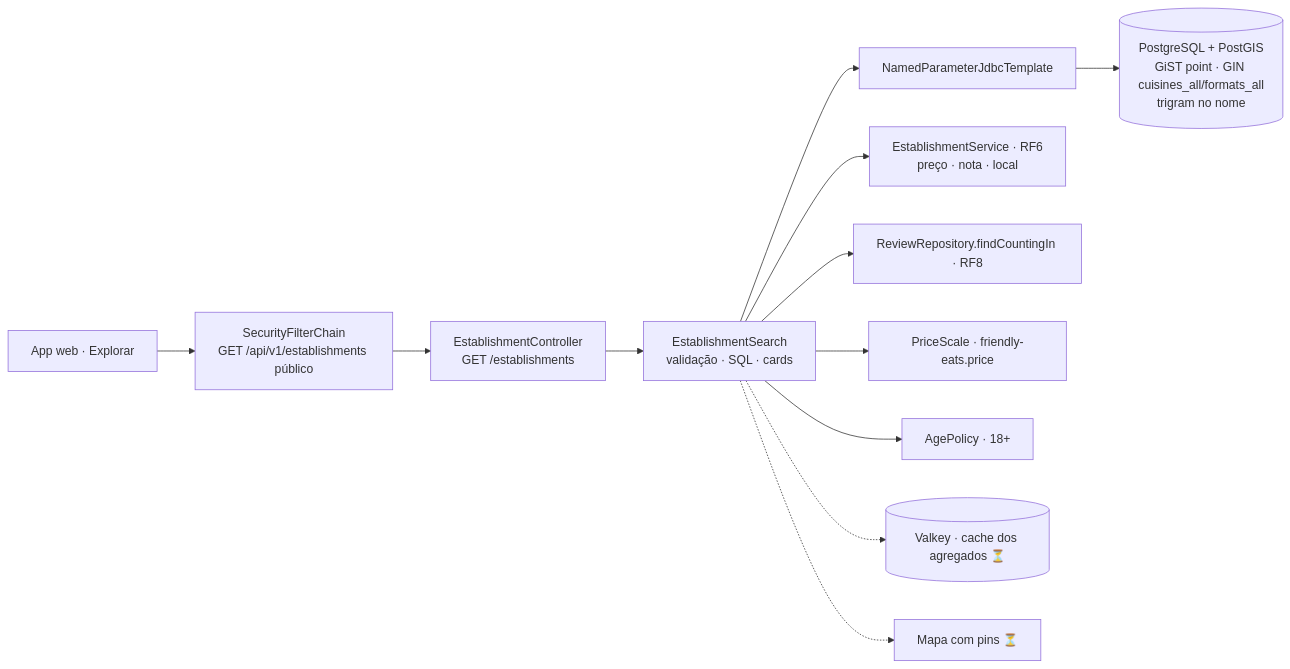
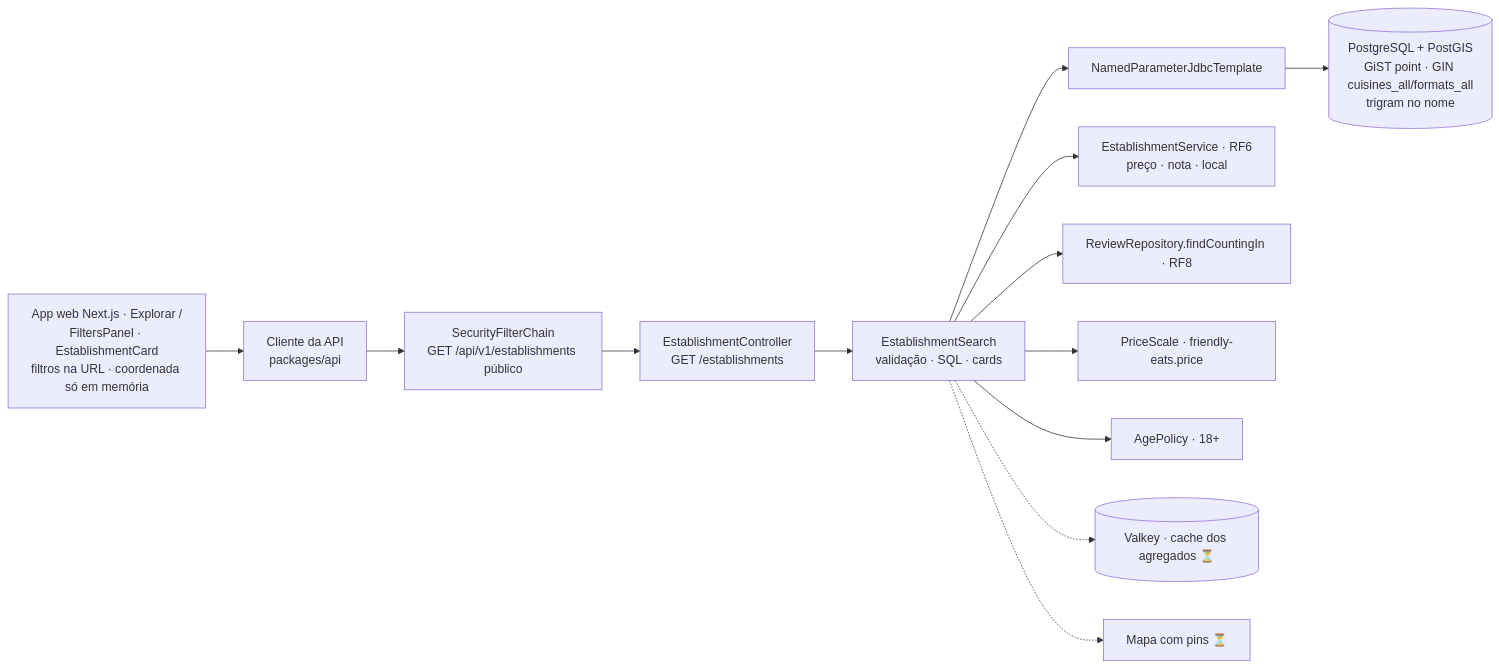
Before and after one commit to MatheusHaliski/Friendly-Eats: the diagram in docs/RF10/componentes.md, drawn with Mermaid. The commit also changed 127 other files, not shown here.

````diff
--- a/docs/RF10/componentes.md
+++ b/docs/RF10/componentes.md
@@ -3,14 +3,14 @@
 ```mermaid
 flowchart LR
-    APP["App web · Explorar"] --> SEC["SecurityFilterChain<br/>GET /api/v1/establishments público"]
+    WEB["App web Next.js · Explorar /<br/>FiltersPanel · EstablishmentCard<br/>filtros na URL · coordenada só em memória"] --> APP["Cliente da API<br/>packages/api"] --> SEC["SecurityFilterChain<br/>GET /api/v1/establishments público"]
     SEC --> EC["EstablishmentController<br/>GET /establishments"]
     EC --> ES["EstablishmentSearch<br/>validação · SQL · cards"]
     ES --> NJ["NamedParameterJdbcTemplate"]
     NJ --> PG[("PostgreSQL + PostGIS<br/>GiST point · GIN cuisines_all/formats_all<br/>trigram no nome")]
     ES --> SVC["EstablishmentService · RF6<br/>preço · nota · local"]
     ES --> RR["ReviewRepository.findCountingIn · RF8"]
     ES --> PS["PriceScale · friendly-eats.price"]
     ES --> AP["AgePolicy · 18+"]
     ES -.-> VK[("Valkey · cache dos agregados ⏳")]
     ES -.-> MAP["Mapa com pins ⏳"]
 ```
````
